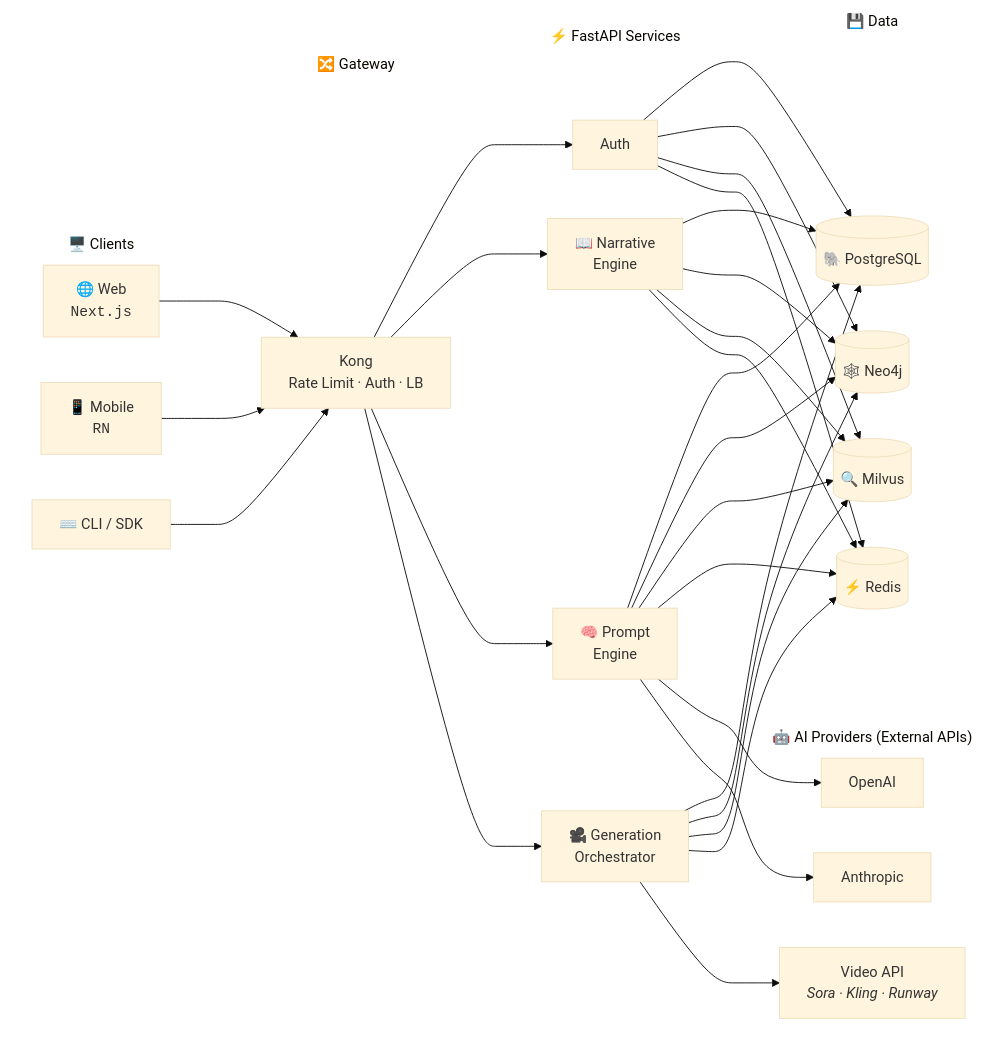
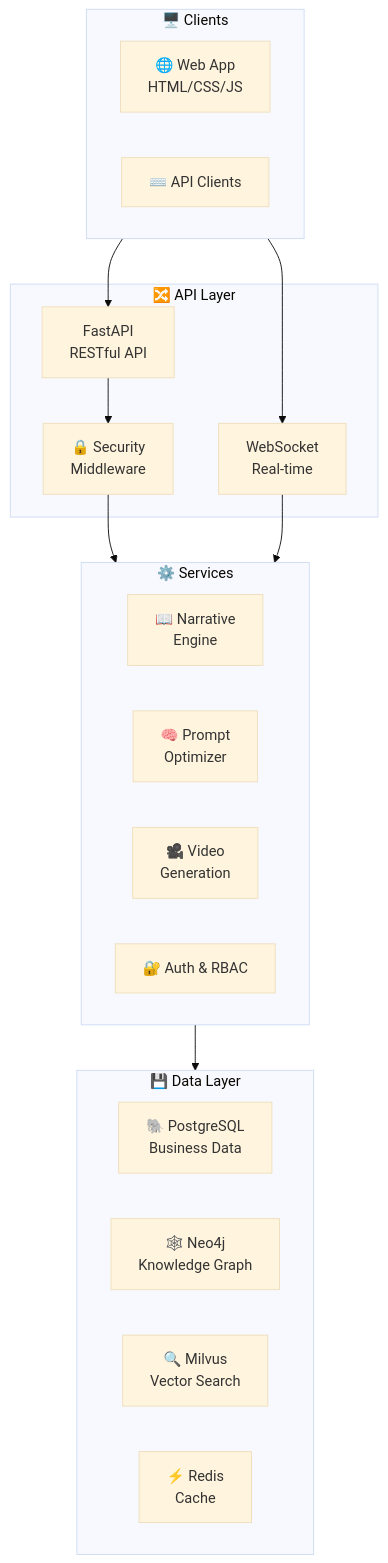
The diagram in README.md (iiooiioo888/AI_test), drawn with Mermaid (base theme) before and after one commit. The commit also changed other lines of this file, not shown here.

````diff
--- a/README.md
+++ b/README.md
@@ -91,44 +142,34 @@
 ```mermaid
-graph LR
+graph TB
     subgraph clients["🖥️ Clients"]
-        WEB["🌐 Web<br/><code>Next.js</code>"]
-        MOB["📱 Mobile<br/><code>RN</code>"]
-        CLI["⌨️ CLI / SDK"]
+        WEB["🌐 Web App<br/>HTML/CSS/JS"]
+        API["⌨️ API Clients"]
     end
 
-    subgraph gateway["🔀 Gateway"]
-        GW["Kong<br/>Rate Limit · Auth · LB"]
+    subgraph api["🔀 API Layer"]
+        FASTAPI["FastAPI<br/>RESTful API"]
+        WS["WebSocket<br/>Real-time"]
+        SEC["🔒 Security<br/>Middleware"]
     end
 
-    subgraph app["⚡ FastAPI Services"]
-        S1["Auth"]
-        S2["📖 Narrative<br/>Engine"]
-        S3["🧠 Prompt<br/>Engine"]
-        S4["🎥 Generation<br/>Orchestrator"]
+    subgraph services["⚙️ Services"]
+        NARRATIVE["📖 Narrative<br/>Engine"]
+        PROMPT["🧠 Prompt<br/>Optimizer"]
+        VIDEO["🎥 Video<br/>Generation"]
+        AUTH["🔐 Auth & RBAC"]
     end
 
-    subgraph store["💾 Data"]
-        PG[("🐘 PostgreSQL")]
-        N4J[("🕸️ Neo4j")]
-        MIL[("🔍 Milvus")]
-        RDS[("⚡ Redis")]
+    subgraph data["💾 Data Layer"]
+        PG["🐘 PostgreSQL<br/>Business Data"]
+        NEO4J["🕸️ Neo4j<br/>Knowledge Graph"]
+        MILVUS["🔍 Milvus<br/>Vector Search"]
+        REDIS["⚡ Redis<br/>Cache"]
     end
 
-    subgraph llm["🤖 AI Providers (External APIs)"]
-        LLM1["OpenAI"]
-        LLM2["Anthropic"]
-        LLM3["Video API<br/><i>Sora · Kling · Runway</i>"]
-    end
-
-    WEB & MOB & CLI --> GW
-    GW --> S1 & S2 & S3 & S4
-    S1 & S2 & S3 & S4 --> PG & N4J & MIL & RDS
-    S3 --> LLM1 & LLM2
-    S4 --> LLM3
-
-    style clients fill:none,stroke:none
-    style gateway fill:none,stroke:none
-    style app fill:none,stroke:none
-    style store fill:none,stroke:none
-    style llm fill:none,stroke:none
+    clients --> FASTAPI
+    clients --> WS
+    FASTAPI --> SEC
+    SEC --> services
+    services --> data
+    WS --> services
 ```
````
